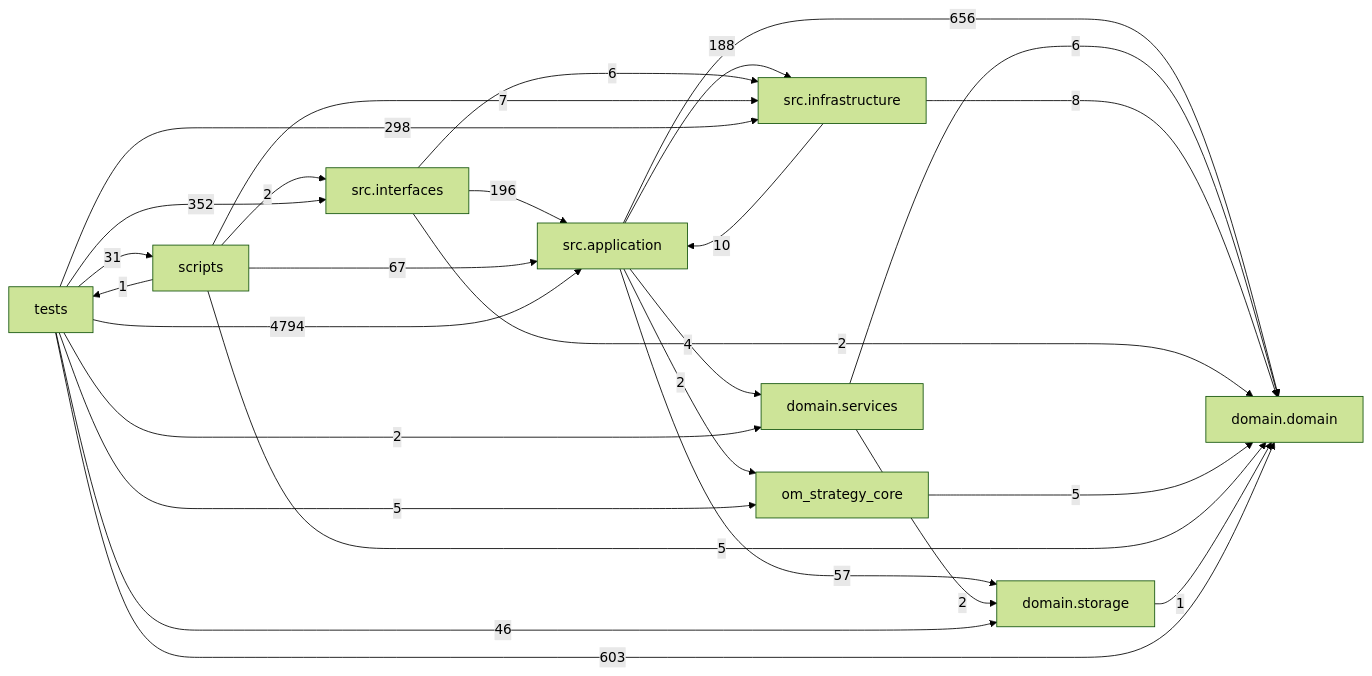
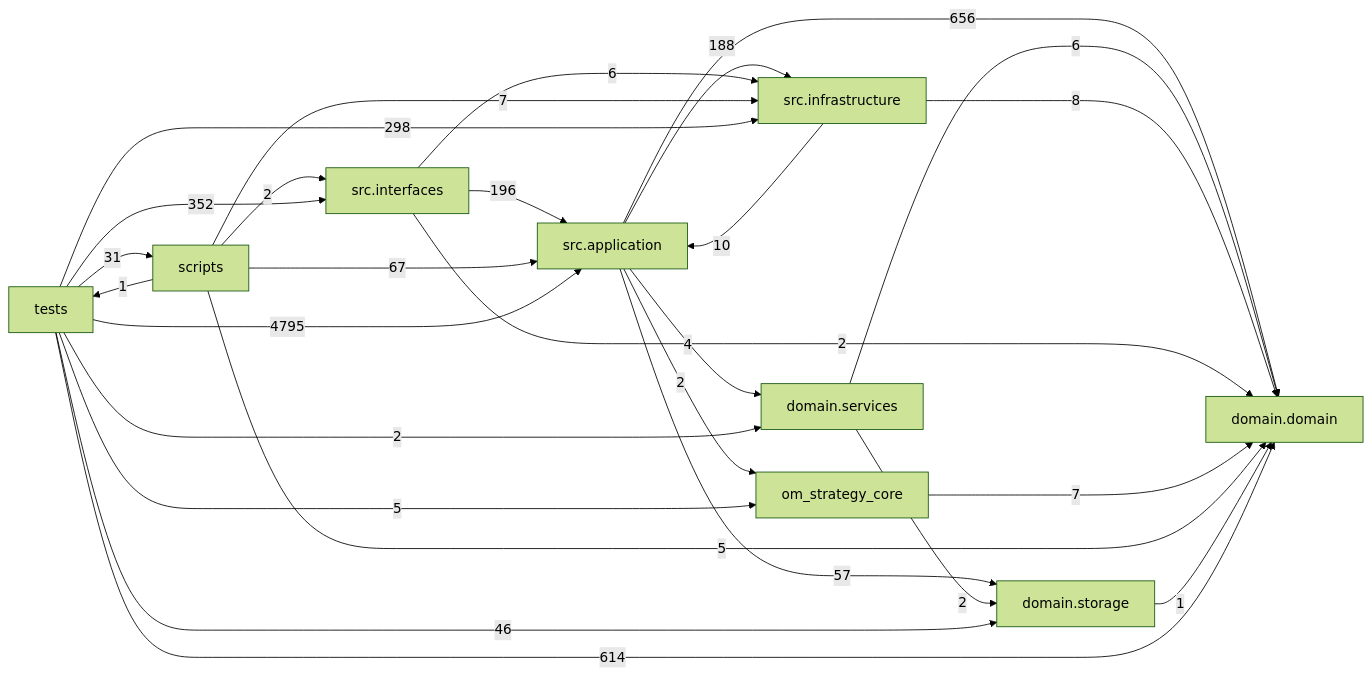
Before and after one commit to liuxie066/options-monitor: the diagram in docs/DEPENDENCY_GRAPH.md, drawn with Mermaid (forest theme). The commit also changed other lines of this file and 30 other files, not shown here.

````diff
--- a/docs/DEPENDENCY_GRAPH.md
+++ b/docs/DEPENDENCY_GRAPH.md
@@ -24,38 +24,38 @@
 ```mermaid
 flowchart LR
   tests["tests"]
   scripts["scripts"]
   interfaces["src.interfaces"]
   application["src.application"]
   infrastructure["src.infrastructure"]
   domain_services["domain.services"]
   domain["domain.domain"]
   storage["domain.storage"]
   application -->|656| domain
   application -->|4| domain_services
   application -->|188| infrastructure
   application -->|2| om_strategy_core
   application -->|57| storage
   domain_services -->|6| domain
   domain_services -->|2| storage
   infrastructure -->|10| application
   infrastructure -->|8| domain
   interfaces -->|196| application
   interfaces -->|2| domain
   interfaces -->|6| infrastructure
-  om_strategy_core -->|5| domain
+  om_strategy_core -->|7| domain
   scripts -->|67| application
   scripts -->|5| domain
   scripts -->|7| infrastructure
   scripts -->|2| interfaces
   scripts -->|1| tests
   storage -->|1| domain
-  tests -->|4794| application
-  tests -->|603| domain
+  tests -->|4795| application
+  tests -->|614| domain
   tests -->|2| domain_services
   tests -->|298| infrastructure
   tests -->|352| interfaces
   tests -->|5| om_strategy_core
   tests -->|31| scripts
   tests -->|46| storage
 ```
````
